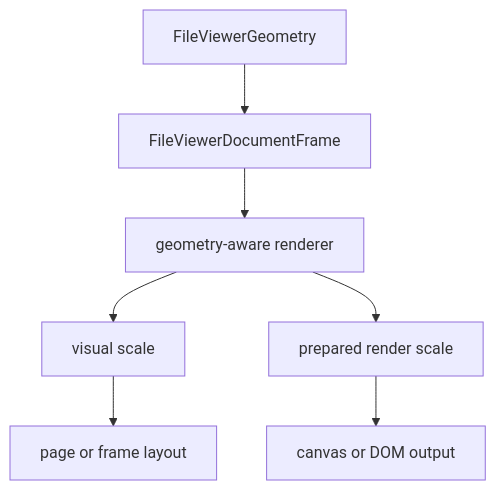
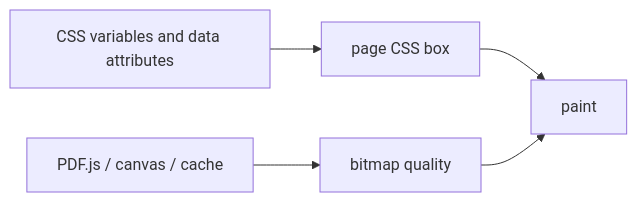
One commit to retab-dev/retab-ui changed diagram 12 of 22 in design/file-viewer-geometry-contract-blueprint.md. Above: the diagram before and after it, drawn with Mermaid. The commit also changed other lines of this file and 98 other files, not shown here.

````diff
--- a/design/file-viewer-geometry-contract-blueprint.md
+++ b/design/file-viewer-geometry-contract-blueprint.md
@@ -256,17 +631,7 @@
 ```mermaid
-flowchart TD
-  Geometry["FileViewerGeometry"]
-  Frame["FileViewerDocumentFrame"]
-  Renderer["geometry-aware renderer"]
-  VisualScale["visual scale"]
-  RenderScale["prepared render scale"]
-  Layout["page or frame layout"]
-  Canvas["canvas or DOM output"]
-
-  Geometry --> Frame
-  Frame --> Renderer
-  Renderer --> VisualScale
-  Renderer --> RenderScale
-  VisualScale --> Layout
-  RenderScale --> Canvas
+flowchart LR
+  CSS["CSS variables and data attributes"] --> PageBox["page CSS box"]
+  PageBox --> Paint["paint"]
+  JS["PDF.js / canvas / cache"] --> Bitmap["bitmap quality"]
+  Bitmap --> Paint
 ```
````
